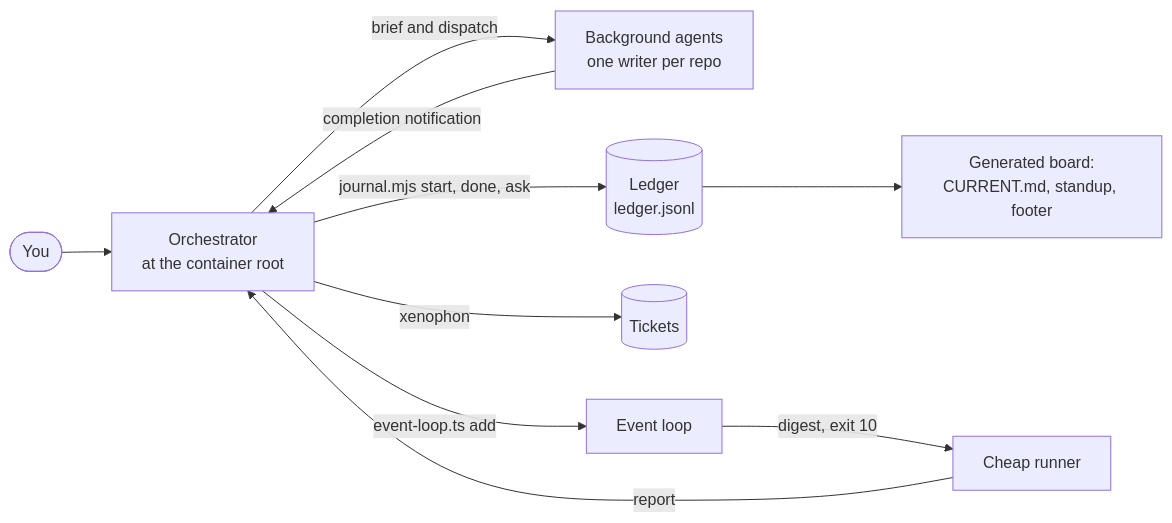
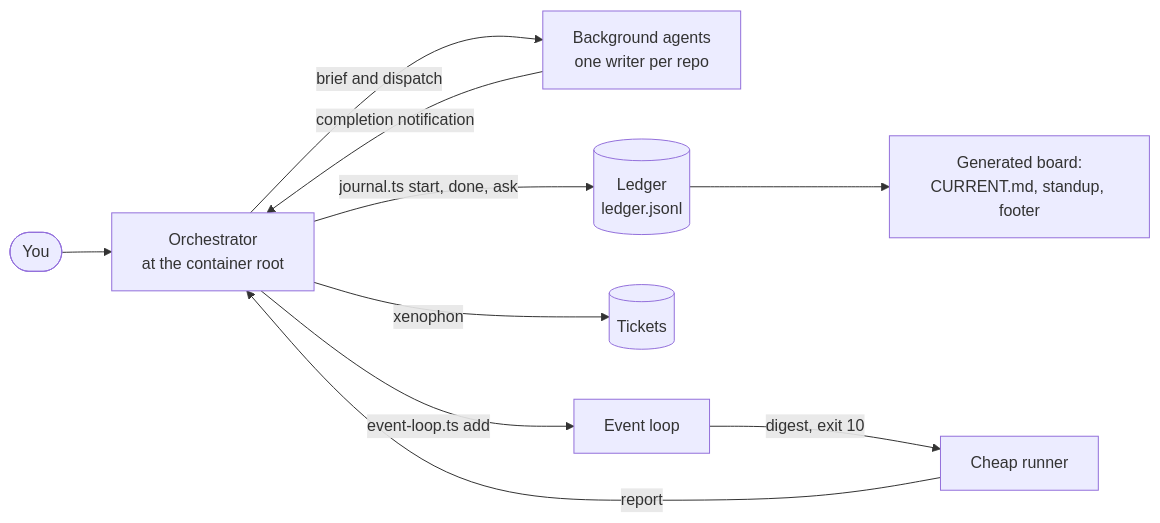
Before and after one commit to jackreichert/the-maestro: the first of 6 diagrams in README.md, drawn with Mermaid. The commit also changed other lines of this file and 17 other files, not shown here.

First line of the commit message:
refactor(journal): rename journal.mjs to journal.ts MAESTRO-44

````diff
--- a/README.md
+++ b/README.md
@@ -22,12 +22,12 @@
 ```mermaid
 flowchart LR
     You([You]) --> O[Orchestrator<br/>at the container root]
     O -- "brief and dispatch" --> A[Background agents<br/>one writer per repo]
     A -- "completion notification" --> O
-    O -- "journal.mjs start, done, ask" --> L[(Ledger<br/>ledger.jsonl)]
+    O -- "journal.ts start, done, ask" --> L[(Ledger<br/>ledger.jsonl)]
     L --> B[Generated board:<br/>CURRENT.md, standup, footer]
     O -- "xenophon" --> T[(Tickets)]
     O -- "event-loop.ts add" --> E[Event loop]
     E -- "digest, exit 10" --> R[Cheap runner]
     R -- "report" --> O
 ```
````
